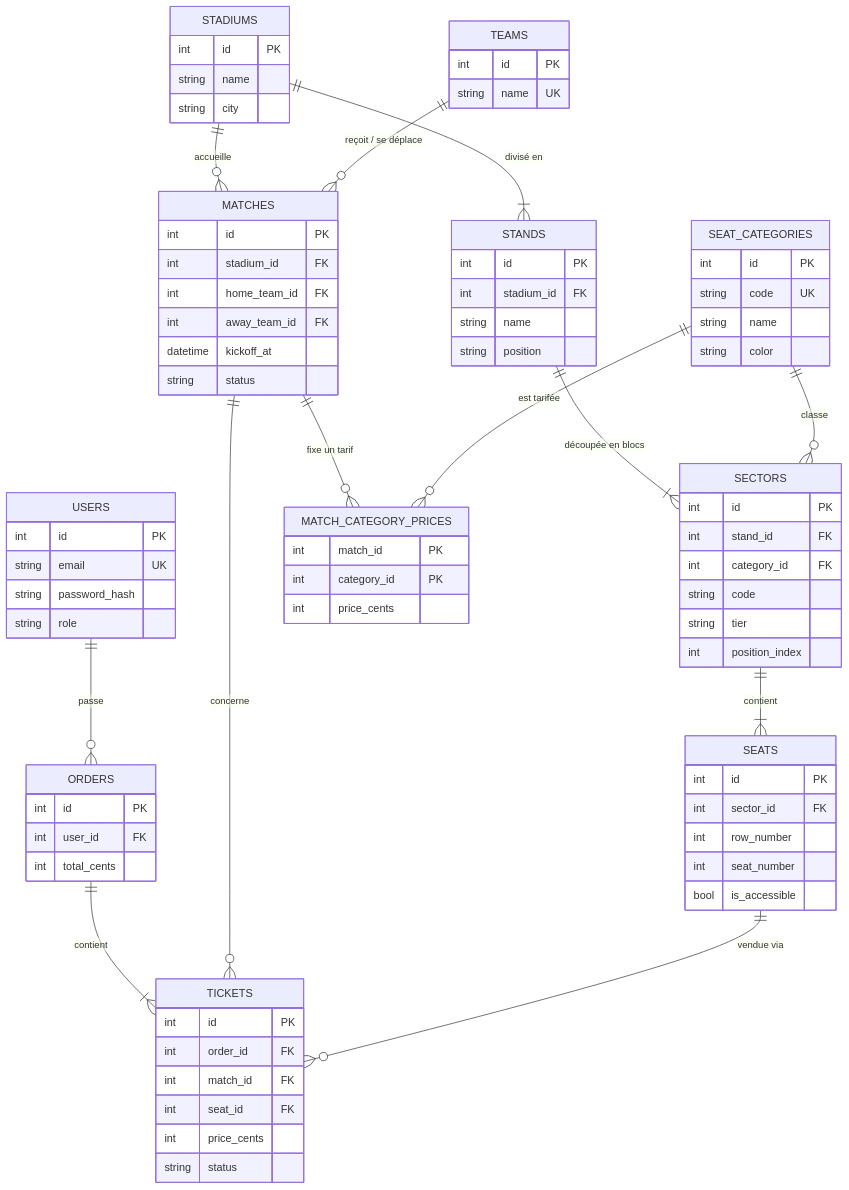
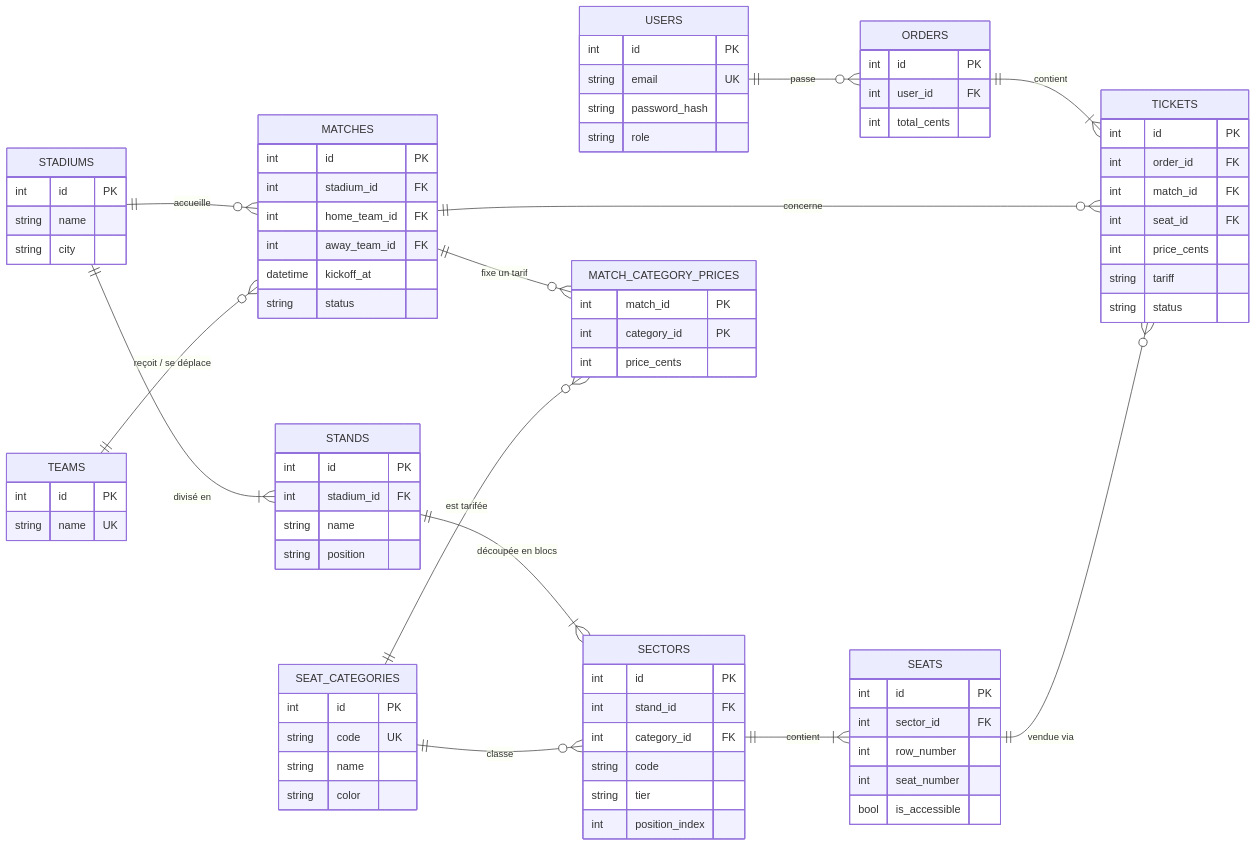
One commit to salah-87/Footix changed the diagram in docs/mcd.mmd. Above: the diagram before and after it, drawn with Mermaid.

Commit message:
docs: MCD horizontal et colonne tariff sur les billets
Claude-Session: https://claude.ai/code/session_018ewM34dRgBmB6t8UHEHByM

```diff
--- a/docs/mcd.mmd
+++ b/docs/mcd.mmd
@@ -1,81 +1,83 @@
 erDiagram
+  direction LR
   USERS ||--o{ ORDERS : "passe"
   ORDERS ||--|{ TICKETS : "contient"
   MATCHES ||--o{ TICKETS : "concerne"
   SEATS ||--o{ TICKETS : "vendue via"
   STADIUMS ||--|{ STANDS : "divisé en"
   STANDS ||--|{ SECTORS : "découpée en blocs"
   SEAT_CATEGORIES ||--o{ SECTORS : "classe"
   SECTORS ||--|{ SEATS : "contient"
   STADIUMS ||--o{ MATCHES : "accueille"
   TEAMS ||--o{ MATCHES : "reçoit / se déplace"
   MATCHES ||--o{ MATCH_CATEGORY_PRICES : "fixe un tarif"
   SEAT_CATEGORIES ||--o{ MATCH_CATEGORY_PRICES : "est tarifée"
   USERS {
     int id PK
     string email UK
     string password_hash
     string role
   }
   ORDERS {
     int id PK
     int user_id FK
     int total_cents
   }
   TICKETS {
     int id PK
     int order_id FK
     int match_id FK
     int seat_id FK
     int price_cents
+    string tariff
     string status
   }
   MATCHES {
     int id PK
     int stadium_id FK
     int home_team_id FK
     int away_team_id FK
     datetime kickoff_at
     string status
   }
   STADIUMS {
     int id PK
     string name
     string city
   }
   STANDS {
     int id PK
     int stadium_id FK
     string name
     string position
   }
   SECTORS {
     int id PK
     int stand_id FK
     int category_id FK
     string code
     string tier
     int position_index
   }
   SEAT_CATEGORIES {
     int id PK
     string code UK
     string name
     string color
   }
   SEATS {
     int id PK
     int sector_id FK
     int row_number
     int seat_number
     bool is_accessible
   }
   TEAMS {
     int id PK
     string name UK
   }
   MATCH_CATEGORY_PRICES {
     int match_id PK
     int category_id PK
     int price_cents
   }
```
